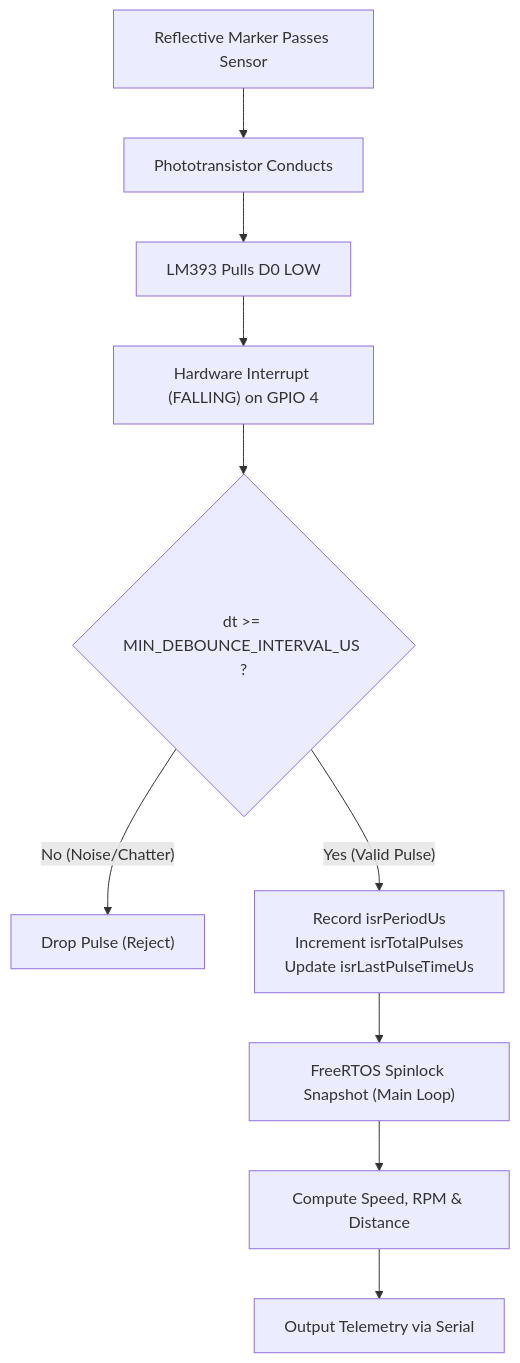
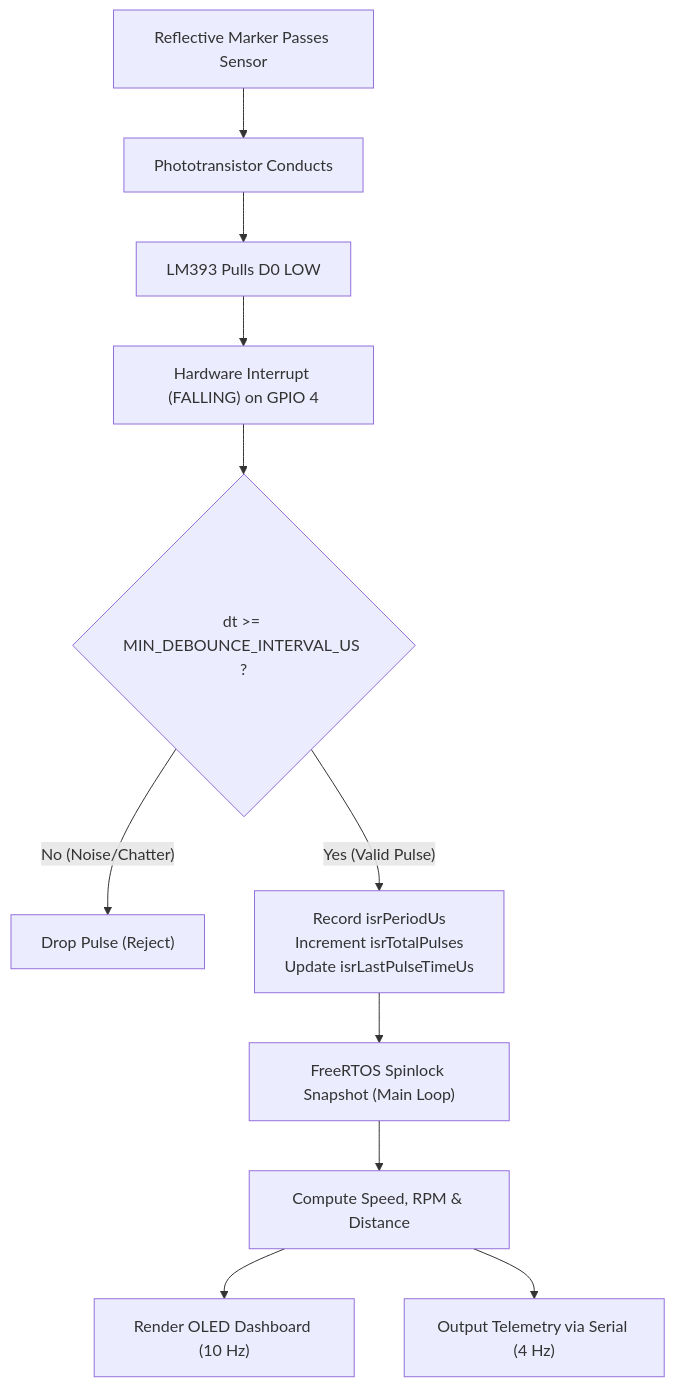
One commit to pinaza-h/Optical-Cyclometer changed the diagram in README.md. Above: the diagram before and after it, drawn with Mermaid. The commit also changed other lines of this file and 1 other file, not shown here.

Commit message:
feat: add I2C OLED dashboard (SSD1306) with real-time speed, RPM, and odometer display

````diff
--- a/README.md
+++ b/README.md
@@ -76,12 +112,13 @@
 ```mermaid
 flowchart TD
     A["Reflective Marker Passes Sensor"] --> B["Phototransistor Conducts"]
     B --> C["LM393 Pulls D0 LOW"]
     C --> D["Hardware Interrupt (FALLING) on GPIO 4"]
     D --> E{"dt >= MIN_DEBOUNCE_INTERVAL_US ?"}
     E -- "No (Noise/Chatter)" --> F["Drop Pulse (Reject)"]
     E -- "Yes (Valid Pulse)" --> G["Record isrPeriodUs<br/>Increment isrTotalPulses<br/>Update isrLastPulseTimeUs"]
     G --> H["FreeRTOS Spinlock Snapshot (Main Loop)"]
     H --> I["Compute Speed, RPM & Distance"]
-    I --> J["Output Telemetry via Serial"]
+    I --> J["Render OLED Dashboard (10 Hz)"]
+    I --> K["Output Telemetry via Serial (4 Hz)"]
 ```
````
